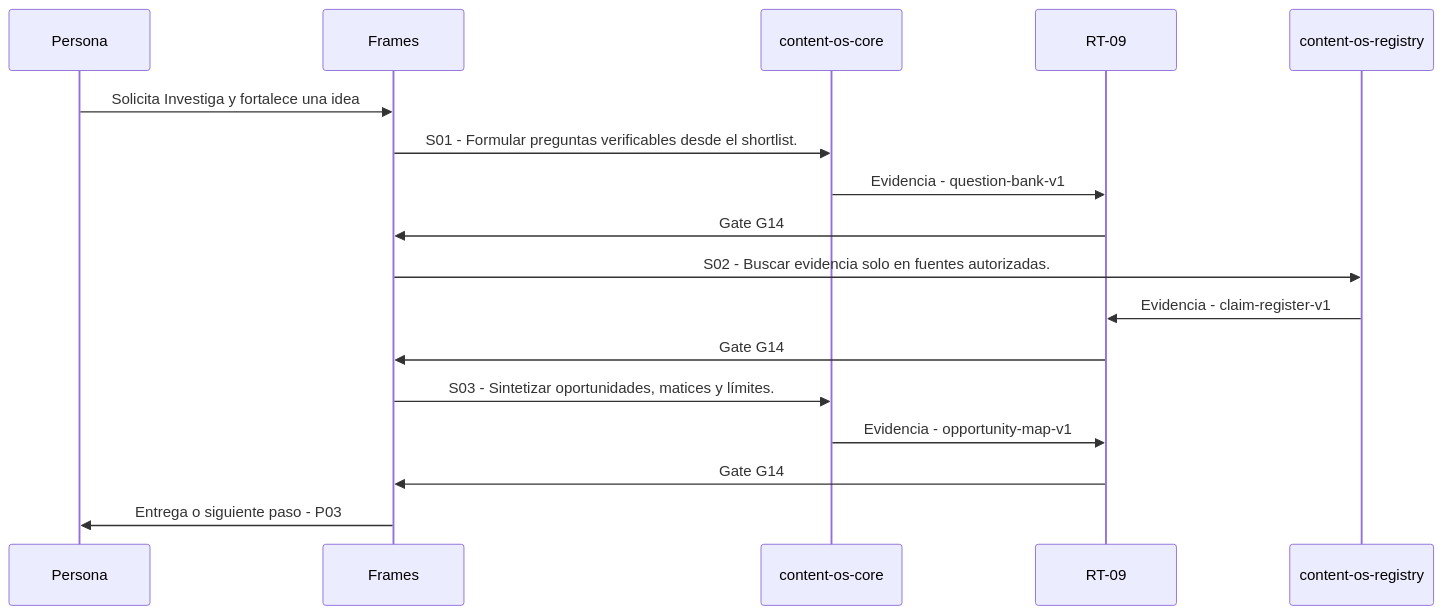
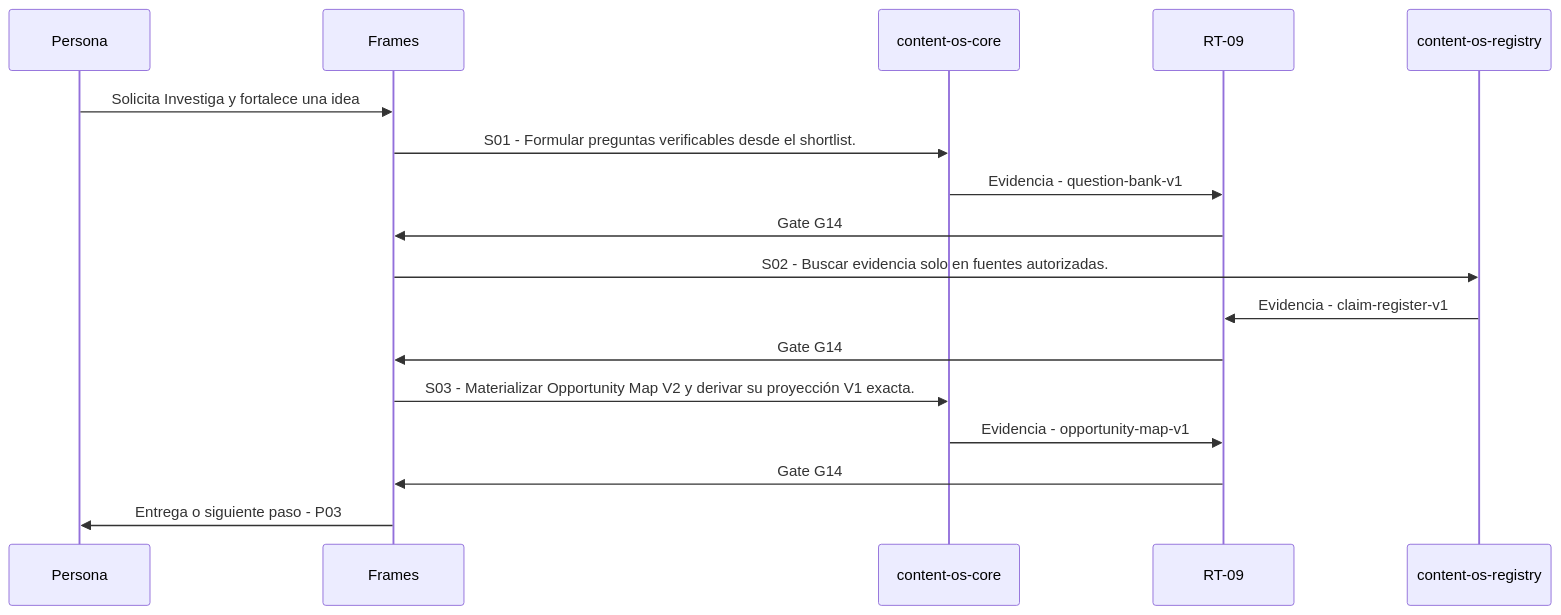
One commit to Francixco90/metodologia-frames-agent-os changed the diagram in 01_intencion/reference/workflows/p02.md. Above: the diagram before and after it, drawn with Mermaid. The commit also changed other lines of this file and 11 other files, not shown here.

Commit message:
feat(content): bind P02 to opportunity map v2

````diff
--- a/01_intencion/reference/workflows/p02.md
+++ b/01_intencion/reference/workflows/p02.md
@@ -41,19 +41,19 @@
 ```mermaid
 sequenceDiagram
   participant a0_Persona as Persona
   participant a1_Frames as Frames
   participant a2_content_os_core as content-os-core
   participant a3_RT_09 as RT-09
   participant a4_content_os_registry as content-os-registry
   a0_Persona->>a1_Frames: Solicita Investiga y fortalece una idea
   a1_Frames->>a2_content_os_core: S01 - Formular preguntas verificables desde el shortlist.
   a2_content_os_core->>a3_RT_09: Evidencia - question-bank-v1
   a3_RT_09->>a1_Frames: Gate G14
   a1_Frames->>a4_content_os_registry: S02 - Buscar evidencia solo en fuentes autorizadas.
   a4_content_os_registry->>a3_RT_09: Evidencia - claim-register-v1
   a3_RT_09->>a1_Frames: Gate G14
-  a1_Frames->>a2_content_os_core: S03 - Sintetizar oportunidades, matices y límites.
+  a1_Frames->>a2_content_os_core: S03 - Materializar Opportunity Map V2 y derivar su proyección V1 exacta.
   a2_content_os_core->>a3_RT_09: Evidencia - opportunity-map-v1
   a3_RT_09->>a1_Frames: Gate G14
   a1_Frames->>a0_Persona: Entrega o siguiente paso - P03
 ```
````
